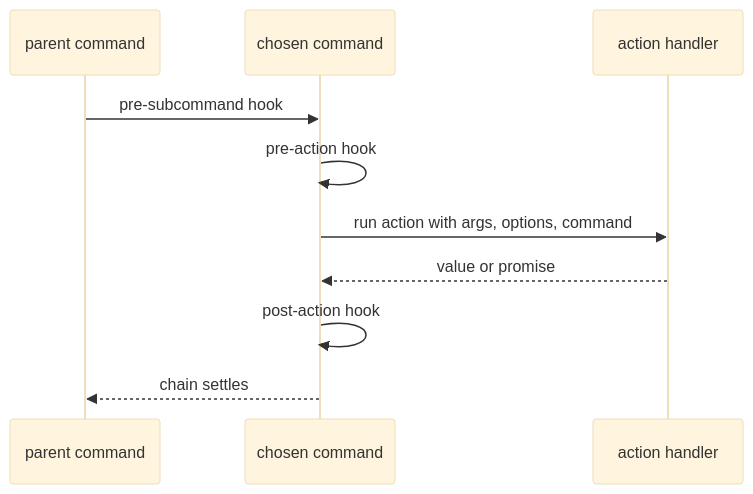
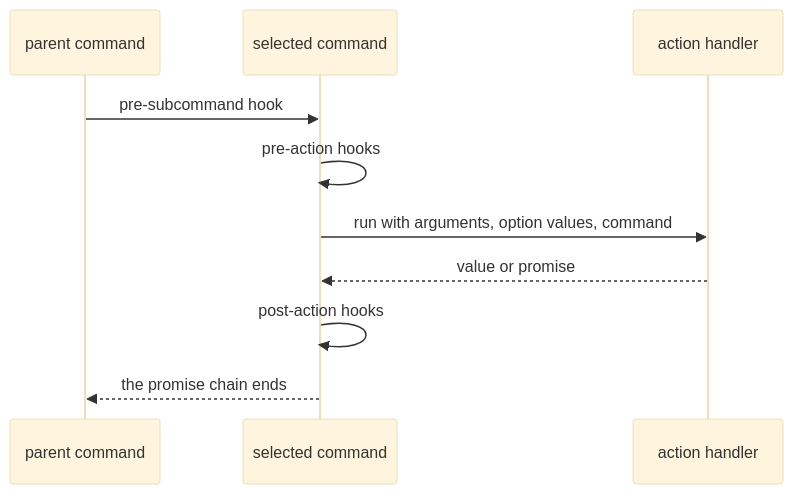
The first of 3 diagrams in docs/examples/commander/.cluedoc/command-model/action-lifecycle/README.md (KeunwooPark/cluedoc), drawn with Mermaid (base theme) before and after one commit. The commit also changed other lines of this file and 22 other files, not shown here.

````diff
--- a/docs/examples/commander/.cluedoc/command-model/action-lifecycle/README.md
+++ b/docs/examples/commander/.cluedoc/command-model/action-lifecycle/README.md
@@ -8,12 +8,12 @@
 ```mermaid
 sequenceDiagram
     participant P as parent command
-    participant C as chosen command
+    participant C as selected command
     participant A as action handler
     P->>C: pre-subcommand hook
-    C->>C: pre-action hook
-    C->>A: run action with args, options, command
+    C->>C: pre-action hooks
+    C->>A: run with arguments, option values, command
     A-->>C: value or promise
-    C->>C: post-action hook
-    C-->>P: chain settles
+    C->>C: post-action hooks
+    C-->>P: the promise chain ends
 ```
````
